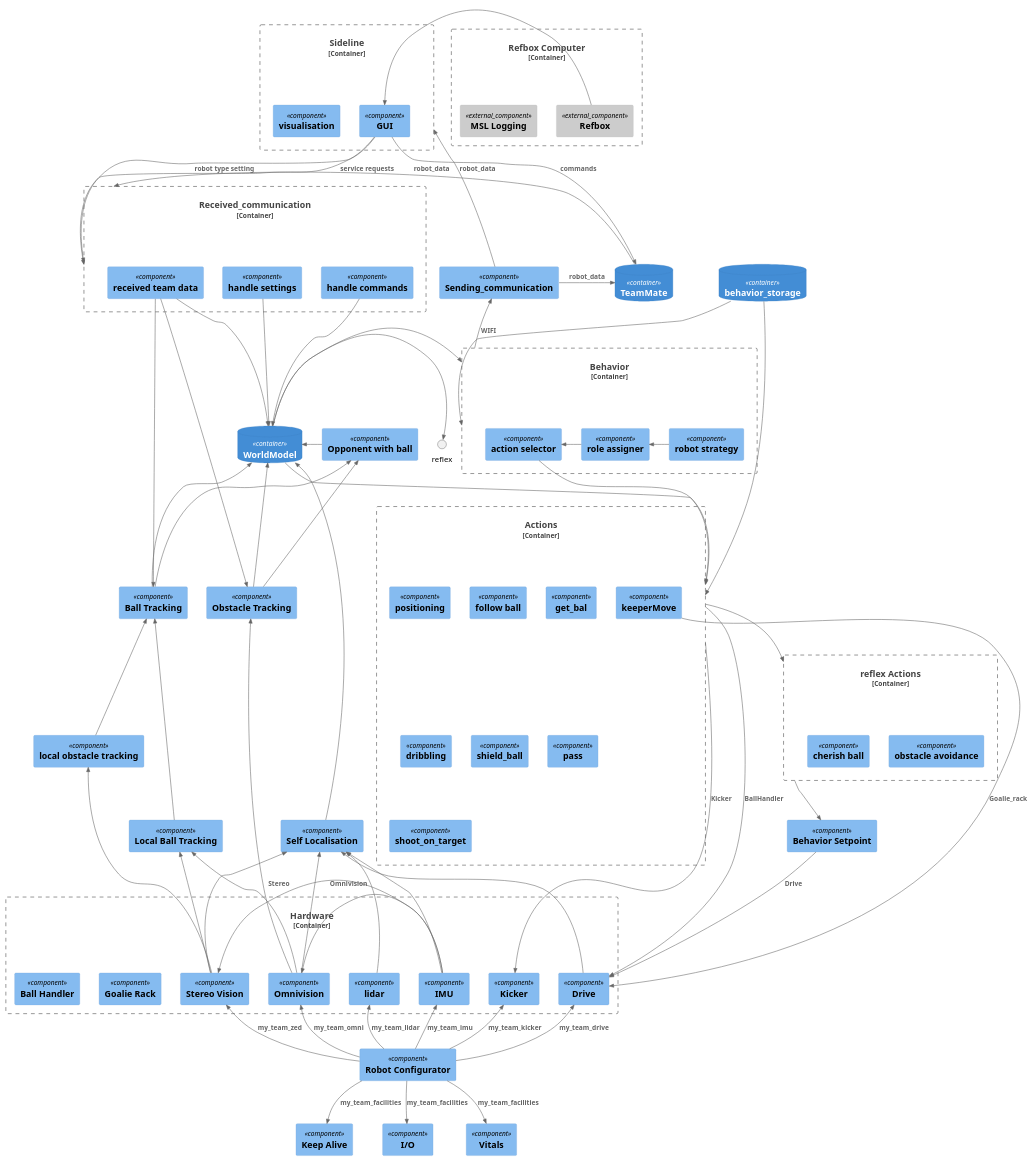
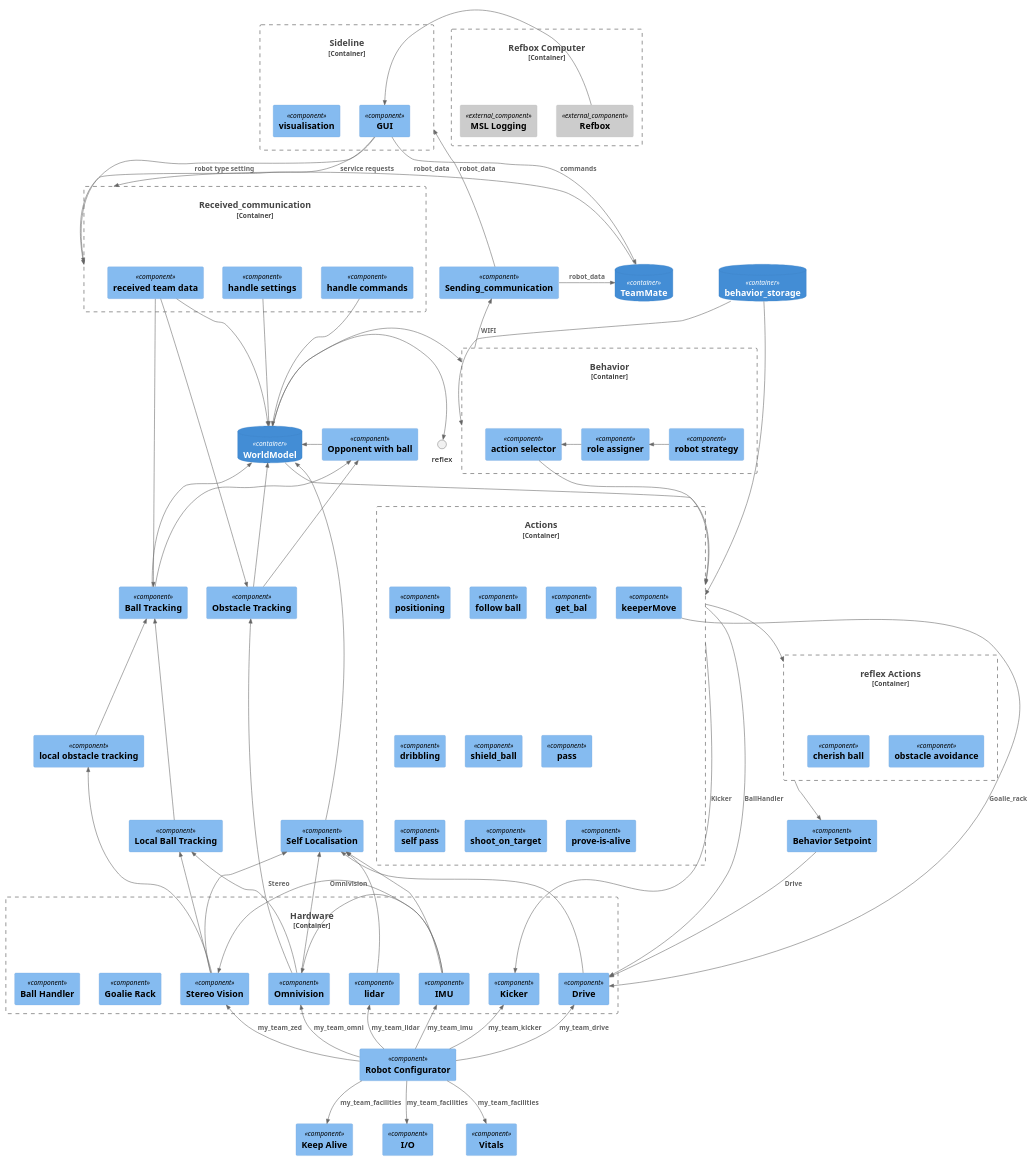
One commit to RoboCup-MSL/MRA-components changed the diagram in documentation/modules/ROOT/models/mra_overview_layers.puml. Above: the diagram before and after it, drawn with PlantUML. The commit also changed 3 other files, not shown here.

Commit message:
rename proof-is-alive in documentation to prove-is-alive

```diff
--- a/documentation/modules/ROOT/models/mra_overview_layers.puml
+++ b/documentation/modules/ROOT/models/mra_overview_layers.puml
@@ -1,149 +1,151 @@
 @startuml
 
 !include https://raw.githubusercontent.com/plantuml-stdlib/C4-PlantUML/master/C4_Component.puml
 
 ContainerDb(WorldModel, "WorldModel")
 ContainerDb(TeamMate, "TeamMate")
 Container_Boundary(Hardware, "Hardware") {
     Component(drive, "Drive")
     Component(kicker, "Kicker")
     Component(goalierack, "Goalie Rack")
     Component(ballhandler, "Ball Handler")
     Component(stereo_vision, "Stereo Vision")
     Component(omnivision, "Omnivision")
     Component(imu, "IMU")
     Component(lidar, "lidar")
 }
 
 Container_Boundary(Refbox_computer, "Refbox Computer") {
 Component_Ext(MSL_logging, "MSL Logging")
 Component_Ext(Refbox, "Refbox")
 }
 
 
 Container_Boundary(behavior, "Behavior") {
     Component(robot_strategy, "robot strategy")
     Component(role_assigner, "role assigner")
     Component(action_selector, "action selector")
 }
 
 ContainerDb(behavior_storage, "behavior_storage")
 
 Container_Boundary(actions, "Actions") {
  	Component(positioning, "positioning")
 	Component(follow_ball, "follow ball")
 	Component(get_bal, "get_bal")
 	Component(dribbling, "dribbling")
 	Component(shield_ball, "shield_ball")
 	Component(pass, "pass")
+	Component(selfpass, "self pass")
 	Component(shoot_on_target, "shoot_on_target")
 	Component(keeperMove, "keeperMove")
+	Component(prove_is_alive, "prove-is-alive")
  }
 
 Component(behavior_spg, "Behavior Setpoint")
 Component(self_localisation, "Self Localisation")
 Component(local_obstacle_tracking, "local obstacle tracking") /' (in : obstacles (0:50)  out: obstacles (0:20) - pos+speed '/
 Component(Obstacle_tracking, "Obstacle Tracking")
 Component(ball_tracking, "Ball Tracking")
 Component(local_ball_tracking, "Local Ball Tracking") 
 Component(opponent_with_ball, "Opponent with ball")
 
 Container_Boundary(Received_communication, "Received_communication") {
     Component(received_team_data, "received team data")
     Component(handle_commands, "handle commands")
     Component(handle_settings, "handle settings")
 }
 
 Component(robot_configurator, "Robot Configurator")
 Component(keepalive, "Keep Alive")
 Component(io, "I/O")
 Component(vitals, "Vitals")
 
 
 
 Component(Sending_communication, "Sending_communication")
 
 Container_Boundary(reflex_actions, "reflex Actions") {
 	Component(obstacle_avoidance, "obstacle avoidance")
 	Component(cherish_ball, "cherish ball")
 }
 
 Container_Boundary(Sideline, "Sideline") {
  Component(gui, "GUI")
  Component(visualisation, "visualisation")
 }
 
 Rel_U(local_obstacle_tracking, ball_tracking, "")
 
 Rel_U(Obstacle_tracking, opponent_with_ball, "")
 Rel_U(ball_tracking, opponent_with_ball, "")
 
 Rel_D(actions, reflex_actions, "")
 Rel_D(reflex_actions, behavior_spg, "")
 Rel_D(behavior_spg, drive, "Drive")
 Rel_D(actions , kicker, "Kicker")
 Rel_D(keeperMove, drive, "Goalie_rack")
 Rel_D(actions, drive, "BallHandler")
 
 
 Rel_R(imu,  omnivision, "Omnivision")
 Rel_R(imu, stereo_vision, "Stereo")
 Rel_U(omnivision, Obstacle_tracking, "")
 Rel_U(stereo_vision, local_obstacle_tracking, "")
 Rel_U(omnivision, local_ball_tracking, "")
 Rel_U(stereo_vision, local_ball_tracking, "")
 
 Rel_U(local_ball_tracking, ball_tracking, "")
 Rel_L(opponent_with_ball, WorldModel, "")
 Rel_L(self_localisation, WorldModel, "")
 Rel_U(Obstacle_tracking, WorldModel, "")
 Rel_L(ball_tracking, WorldModel, "")
 Rel_R(received_team_data, WorldModel, "")
 Rel_R(handle_commands, WorldModel, "")
 Rel_R(handle_settings, WorldModel, "")
 Rel_R(received_team_data,  ball_tracking, "")
 Rel_R(received_team_data,  Obstacle_tracking, "")
 Rel_U(behavior, Sending_communication, "WIFI")
 
 
 /' force order between WorldModel and behavior via a '/
 Rel_R(WorldModel, behavior, "")
 Rel_R(WorldModel, actions, "")
 Rel_R(WorldModel, reflex, "")
 
 
 Rel_U(omnivision, self_localisation, "")
 Rel_U(imu, self_localisation, "")
 Rel_U(stereo_vision, self_localisation, "")
 Rel_U(drive, self_localisation, "")
 Rel_U(lidar, self_localisation, "")
 
 
 Rel_U(robot_configurator, drive, "my_team_drive")
 Rel_U(robot_configurator, kicker, "my_team_kicker")
 Rel_U(robot_configurator, stereo_vision, "my_team_zed")
 Rel_U(robot_configurator, omnivision, "my_team_omni")
 Rel_U(robot_configurator, imu, "my_team_imu")
 Rel_U(robot_configurator, lidar, "my_team_lidar")
 Rel_D(robot_configurator, keepalive, "my_team_facilities")
 Rel_D(robot_configurator, io, "my_team_facilities")
 Rel_D(robot_configurator, vitals, "my_team_facilities")
 
 Rel_R(Refbox, gui, "")
 Rel_U(Sending_communication, Sideline, "robot_data")
 Rel_L(gui, TeamMate, "commands")
 
 
 Rel_R(Sending_communication, TeamMate, "robot_data")
 Rel_L(TeamMate, Received_communication, "robot_data")
 Rel_D(gui, Received_communication, "service requests")
 Rel_D(gui, Received_communication, "robot type setting")
 
 Rel(behavior_storage, actions, "")
 Rel(behavior_storage, behavior, "")
 
 Rel_L(robot_strategy,  role_assigner, "")
 Rel_L(role_assigner,action_selector, "")
 Rel(action_selector, actions, "")
 
 @enduml
```
